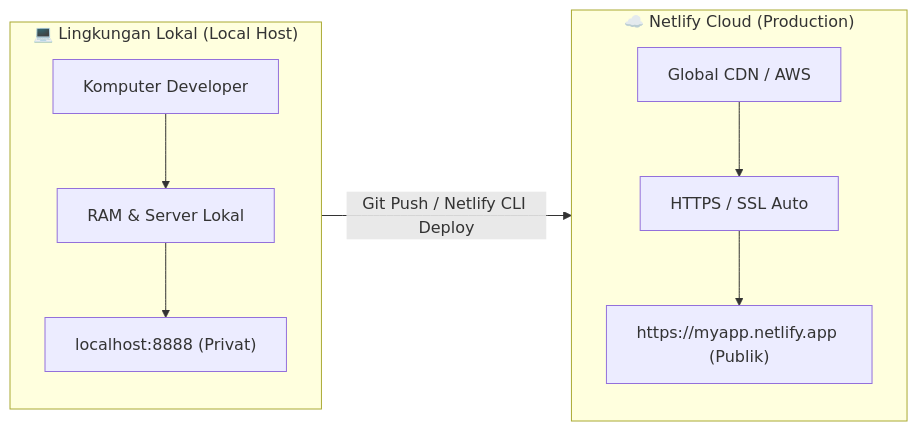
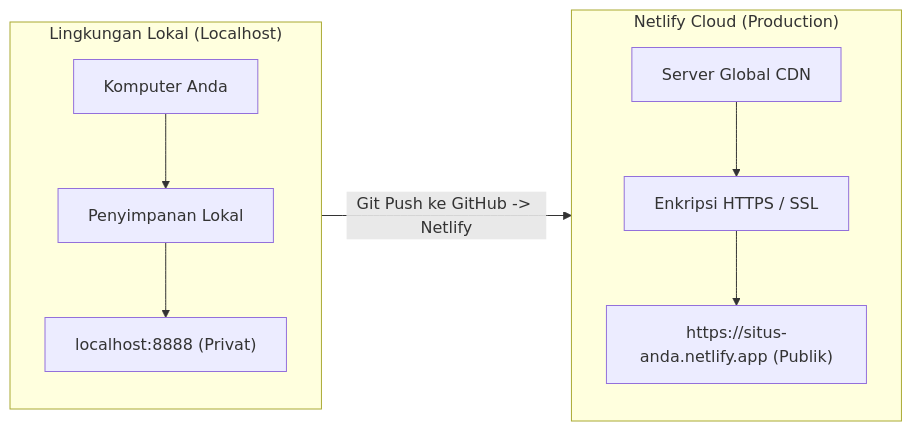
Before and after one commit to withered-flowers/materials-ise-2026: the first of 2 diagrams in deployment-material/materials/src/content/docs/modul-1/konsep-deployment.mdx, drawn with Mermaid. The commit also changed other lines of this file and 23 other files, not shown here.

````diff
--- a/deployment-material/materials/src/content/docs/modul-1/konsep-deployment.mdx
+++ b/deployment-material/materials/src/content/docs/modul-1/konsep-deployment.mdx
@@ -30,14 +32,14 @@
 ```mermaid
 graph LR
-    subgraph Local ["💻 Lingkungan Lokal (Local Host)"]
-        L1[Komputer Developer] --> L2[RAM & Server Lokal]
+    subgraph Local ["Lingkungan Lokal (Localhost)"]
+        L1[Komputer Anda] --> L2[Penyimpanan Lokal]
         L2 --> L3["localhost:8888 (Privat)"]
     end
     
-    subgraph Cloud ["☁️ Netlify Cloud (Production)"]
-        P1[Global CDN / AWS] --> P2[HTTPS / SSL Auto]
-        P2 --> P3["https://myapp.netlify.app (Publik)"]
+    subgraph Cloud ["Netlify Cloud (Production)"]
+        P1[Server Global CDN] --> P2[Enkripsi HTTPS / SSL]
+        P2 --> P3["https://situs-anda.netlify.app (Publik)"]
     end
 
-    Local -- "Git Push / Netlify CLI Deploy" --> Cloud
+    Local -- "Git Push ke GitHub -> Netlify" --> Cloud
 ```
````
